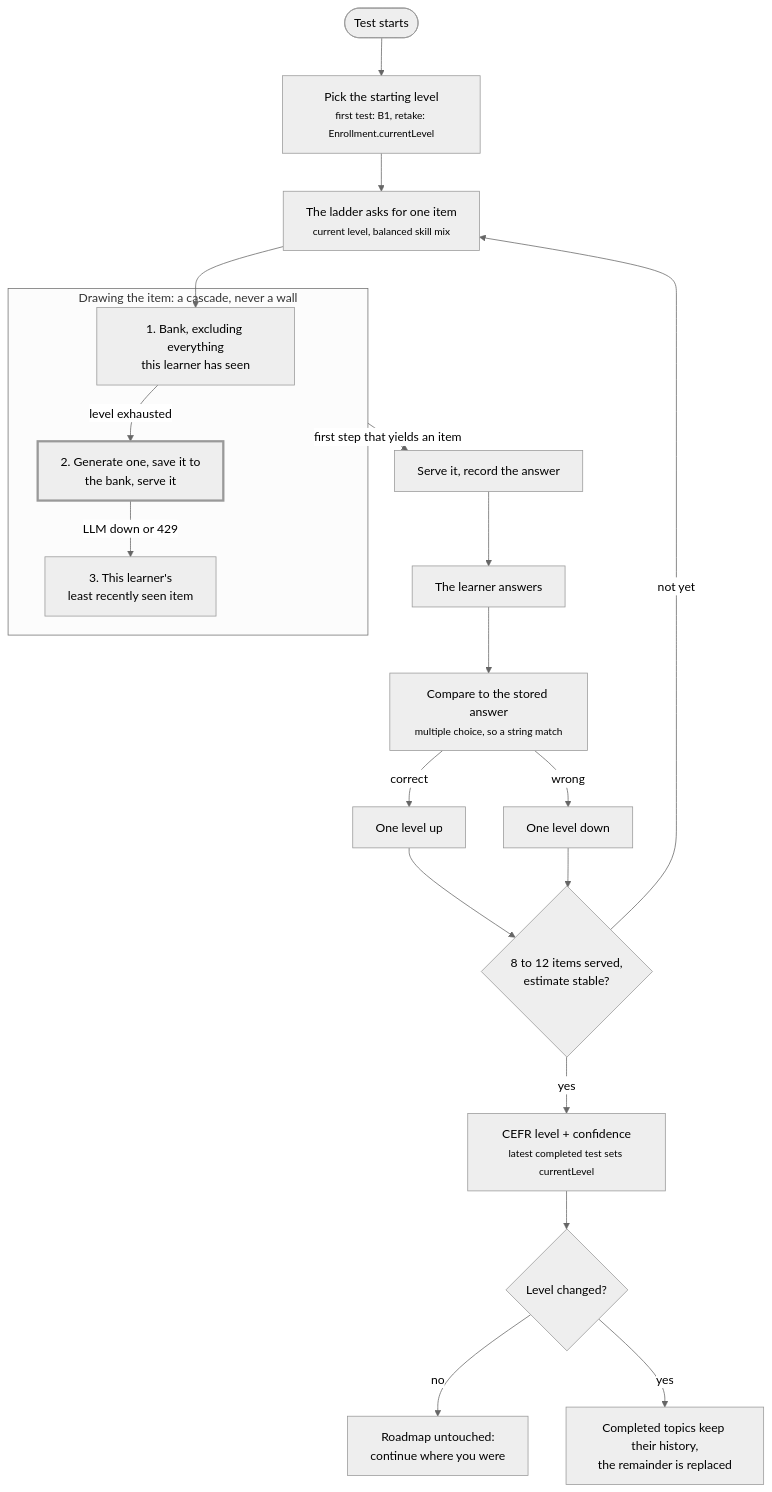
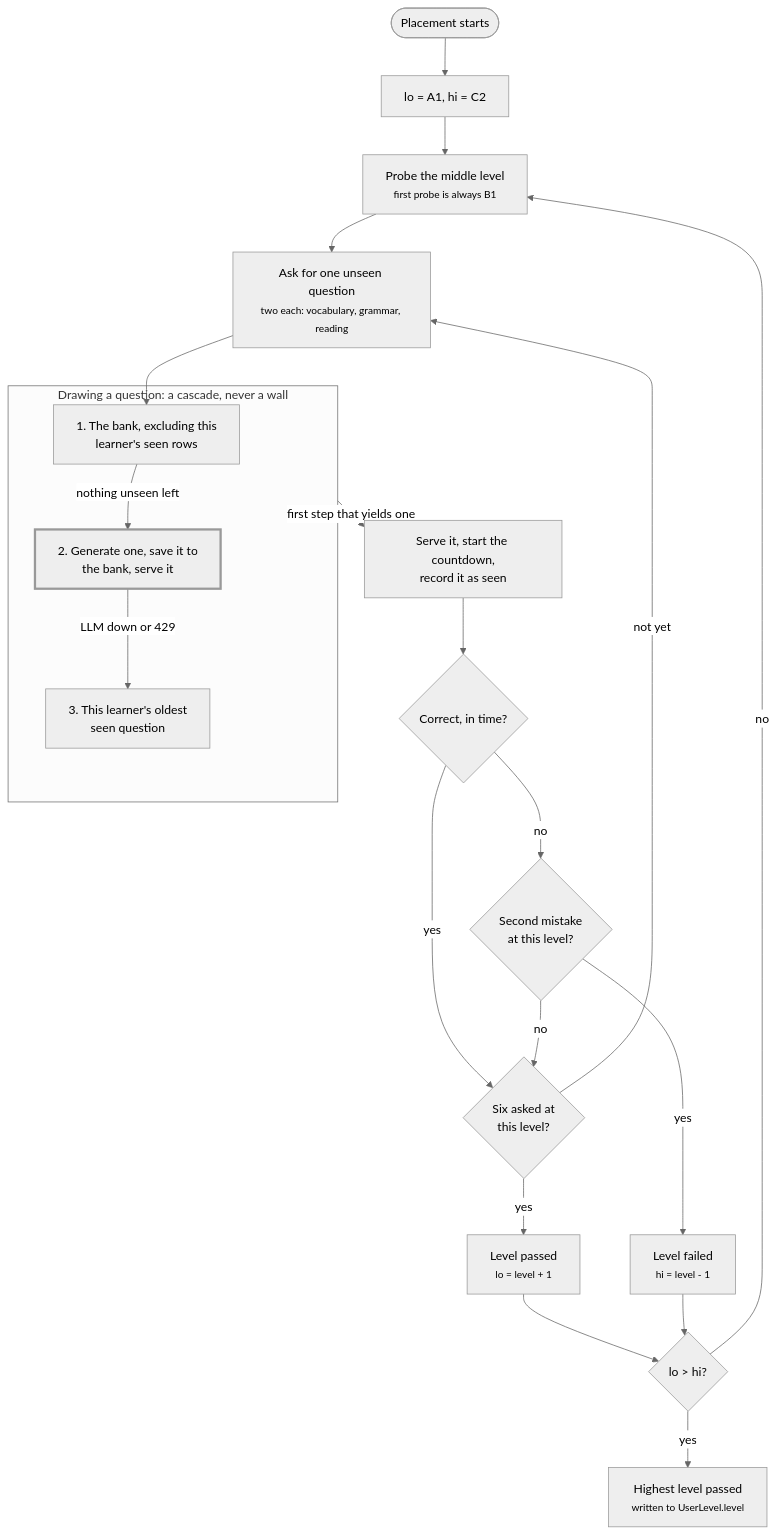
Before and after one commit to VictorBro/ft_transcendence: the first of 5 diagrams in docs/PRODUCT_ARCHITECTURE.md, drawn with Mermaid (neutral theme). The commit also changed other lines of this file and 2 other files, not shown here.

Commit message:
docs: align eval and item bank docs with the migration

````diff
--- a/docs/PRODUCT_ARCHITECTURE.md
+++ b/docs/PRODUCT_ARCHITECTURE.md
@@ -118,30 +102,31 @@
 ```mermaid
 flowchart TD
-    start(["Test starts"]) --> warm["Pick the starting level<br/><small>first test: B1, retake: Enrollment.currentLevel</small>"]
-    warm --> ask["The ladder asks for one item<br/><small>current level, balanced skill mix</small>"]
+    start(["Placement starts"]) --> bounds["lo = A1, hi = C2"]
+    bounds --> probe["Probe the middle level<br/><small>first probe is always B1</small>"]
+    probe --> draw["Ask for one unseen question<br/><small>two each: vocabulary, grammar, reading</small>"]
 
-    subgraph cascade["Drawing the item: a cascade, never a wall"]
-        bank["1. Bank, excluding everything<br/>this learner has seen"]
+    subgraph cascade["Drawing a question: a cascade, never a wall"]
+        bank["1. The bank, excluding this<br/>learner's seen rows"]
         gen["2. Generate one, save it to<br/>the bank, serve it"]
-        lru["3. This learner's<br/>least recently seen item"]
-        bank -- "level exhausted" --> gen
+        lru["3. This learner's oldest<br/>seen question"]
+        bank -- "nothing unseen left" --> gen
         gen -- "LLM down or 429" --> lru
     end
 
-    ask --> bank
-    cascade -- "first step that yields an item" --> serve["Serve it, record the answer"]
-    serve --> answer["The learner answers"]
-    answer --> judge["Compare to the stored answer<br/><small>multiple choice, so a string match</small>"]
-    judge -- "correct" --> up["One level up"]
-    judge -- "wrong" --> down["One level down"]
-    up --> enough{"8 to 12 items served,<br/>estimate stable?"}
-    down --> enough
-    enough -- "not yet" --> ask
-    enough -- "yes" --> result["CEFR level + confidence<br/><small>latest completed test sets currentLevel</small>"]
-    result --> changed{"Level changed?"}
-    changed -- "no" --> keep["Roadmap untouched:<br/>continue where you were"]
-    changed -- "yes" --> replace["Completed topics keep their history,<br/>the remainder is replaced"]
+    draw --> bank
+    cascade -- "first step that yields one" --> serve["Serve it, start the countdown,<br/>record it as seen"]
+    serve --> judge{"Correct, in time?"}
+    judge -- "yes" --> six{"Six asked at<br/>this level?"}
+    judge -- "no" --> second{"Second mistake<br/>at this level?"}
+    second -- "no" --> six
+    second -- "yes" --> failed["Level failed<br/><small>hi = level - 1</small>"]
+    six -- "not yet" --> draw
+    six -- "yes" --> passed["Level passed<br/><small>lo = level + 1</small>"]
+    passed --> over{"lo > hi?"}
+    failed --> over
+    over -- "no" --> probe
+    over -- "yes" --> result["Highest level passed<br/><small>written to UserLevel.level</small>"]
 
     classDef llm stroke-width:3px
     class gen llm
 ```
````
